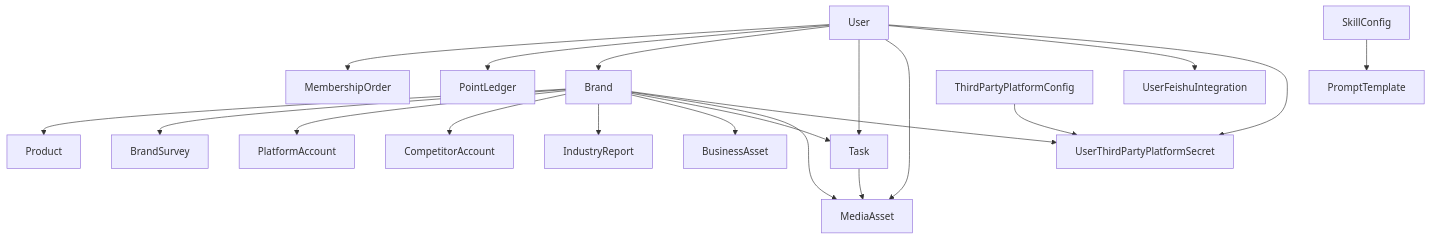
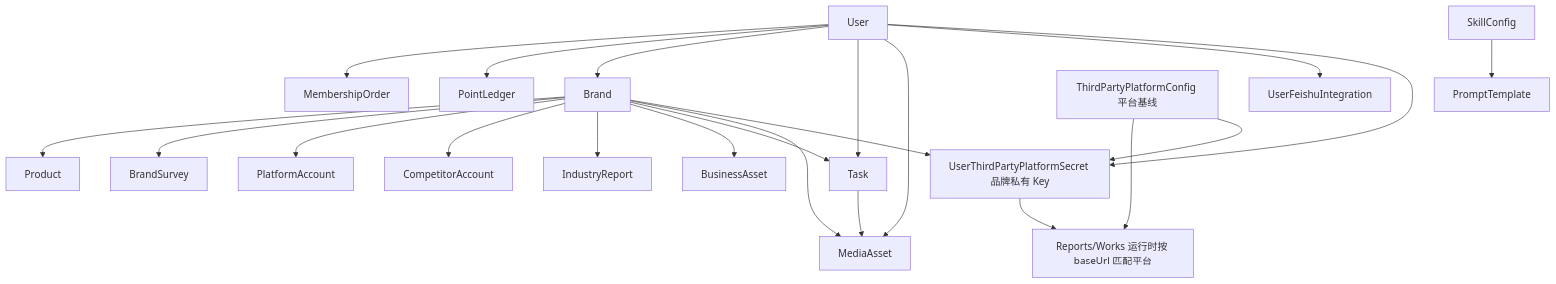
Diagram 11 of 12 in docs/site-map-mermaid.md (Depthukesh/ai-omni-ops-system), drawn with Mermaid before and after one commit. The commit also changed other lines of this file and 8 other files, not shown here.

Commit message:
fix: enforce brand-scoped third-party api keys

````diff
--- a/docs/site-map-mermaid.md
+++ b/docs/site-map-mermaid.md
@@ -525,42 +527,44 @@
 ```mermaid
 flowchart TD
     U["User"]
     MO["MembershipOrder"]
     PL["PointLedger"]
     B["Brand"]
     P["Product"]
     BS["BrandSurvey"]
     PA["PlatformAccount"]
     CA["CompetitorAccount"]
     IR["IndustryReport"]
     BA["BusinessAsset"]
     T["Task"]
     MA["MediaAsset"]
     FI["UserFeishuIntegration"]
     SC["SkillConfig"]
     PT["PromptTemplate"]
-    TP["ThirdPartyPlatformConfig"]
-    TPS["UserThirdPartyPlatformSecret"]
+    TP["ThirdPartyPlatformConfig 平台基线"]
+    TPS["UserThirdPartyPlatformSecret 品牌私有 Key"]
 
     U --> MO
     U --> PL
     U --> B
     U --> T
     U --> MA
     U --> FI
     U --> TPS
 
     B --> P
     B --> BS
     B --> PA
     B --> CA
     B --> IR
     B --> BA
     B --> T
     B --> MA
     B --> TPS
+    TP --> M4R["Reports/Works 运行时按 baseUrl 匹配平台"]
+    TPS --> M4R
 
     T --> MA
     SC --> PT
     TP --> TPS
 ```
````
